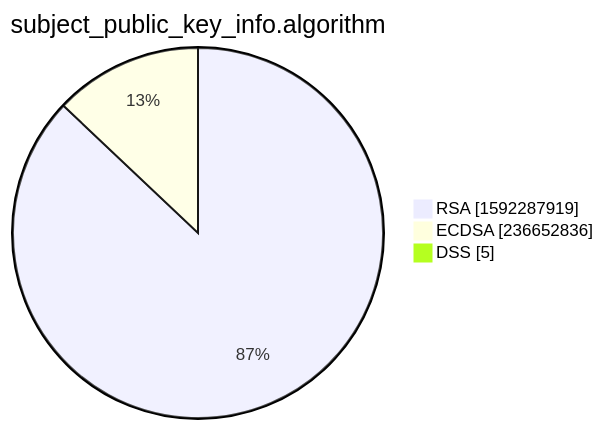
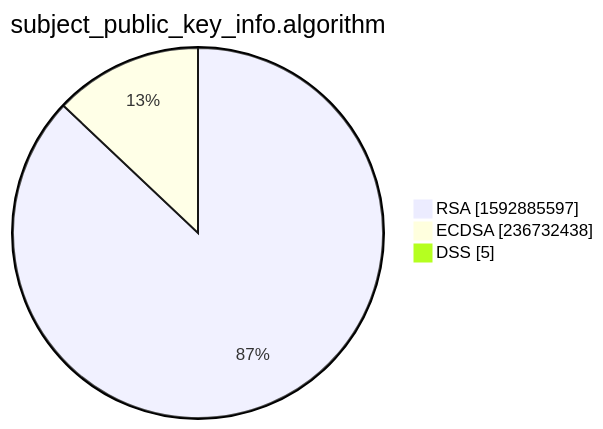
One commit to christiankrug/ctmonitor_visualization changed the third of 15 diagrams in xenon2022/README.md. Above: the diagram before and after it, drawn with Mermaid. The commit also changed other lines of this file, not shown here.

````diff
--- a/xenon2022/README.md
+++ b/xenon2022/README.md
@@ -14,7 +14,7 @@
 ```mermaid
 pie showData
 title subject_public_key_info.algorithm
-"RSA" :1592287919
-"ECDSA" :236652836
+"RSA" :1592885597
+"ECDSA" :236732438
 "DSS" :5
 ```
````
